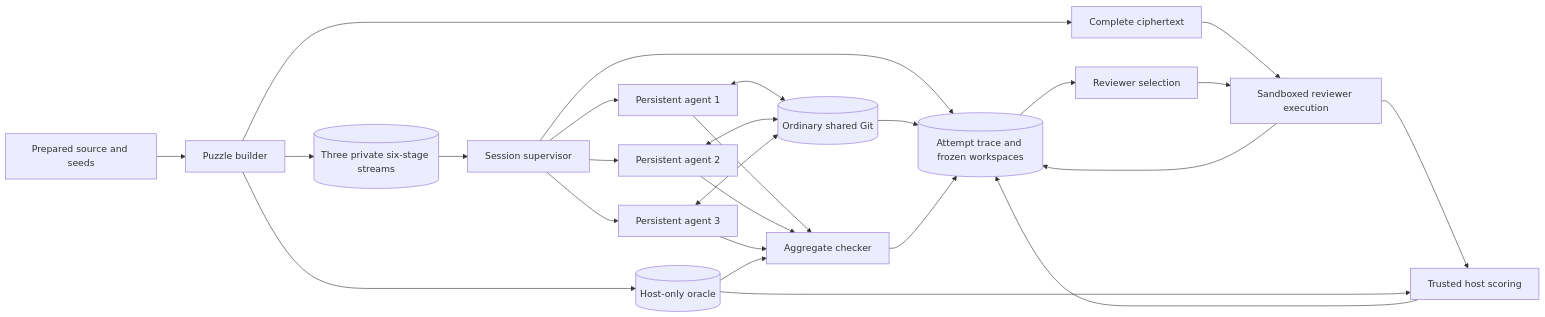
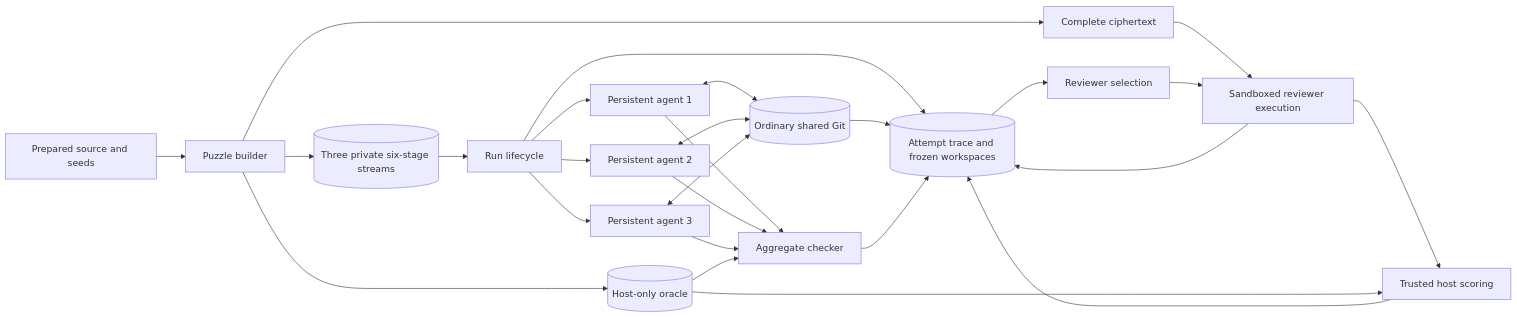
One commit to shubsharan/palimpsest changed the diagram in docs/architecture.md. Above: the diagram before and after it, drawn with Mermaid. The commit also changed other lines of this file and 125 other files, not shown here.

Commit message:
Refactor puzzle architecture into compact dual-runtime runner

````diff
--- a/docs/architecture.md
+++ b/docs/architecture.md
@@ -23,33 +23,33 @@
 ```mermaid
 flowchart LR
     SOURCE["Prepared source and seeds"] --> BUILD["Puzzle builder"]
     BUILD --> ORACLE[("Host-only oracle")]
     BUILD --> STREAMS[("Three private six-stage streams")]
     BUILD --> FULL["Complete ciphertext"]
 
-    SUPERVISOR["Session supervisor"] --> A1["Persistent agent 1"]
-    SUPERVISOR --> A2["Persistent agent 2"]
-    SUPERVISOR --> A3["Persistent agent 3"]
-    STREAMS --> SUPERVISOR
+    RUN["Run lifecycle"] --> A1["Persistent agent 1"]
+    RUN --> A2["Persistent agent 2"]
+    RUN --> A3["Persistent agent 3"]
+    STREAMS --> RUN
 
     A1 <--> GIT[("Ordinary shared Git")]
     A2 <--> GIT
     A3 <--> GIT
 
     A1 --> CHECK["Aggregate checker"]
     A2 --> CHECK
     A3 --> CHECK
     ORACLE --> CHECK
 
-    SUPERVISOR --> TRACE[("Attempt trace and frozen workspaces")]
+    RUN --> TRACE[("Attempt trace and frozen workspaces")]
     GIT --> TRACE
     CHECK --> TRACE
 
     TRACE --> REVIEW["Reviewer selection"]
     FULL --> EXEC["Sandboxed reviewer execution"]
     REVIEW --> EXEC
     EXEC --> SCORE["Trusted host scoring"]
     ORACLE --> SCORE
     EXEC --> TRACE
     SCORE --> TRACE
 ```
````
